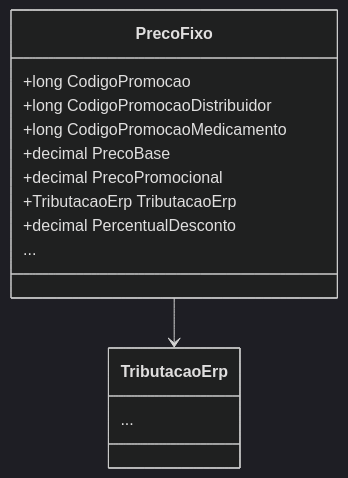
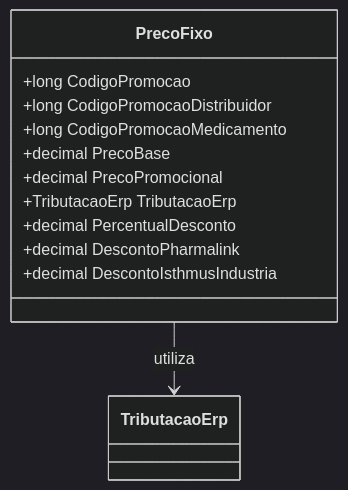
Before and after one commit to IsthmusSistemas/documentacao-tecnica: the second of 2 diagrams in docs/b2b-dominio/IsthmusWinthor.Nucleo/IsthmusWinthor.Dominio/POCO/Precos/PrecoFixo.md, drawn with Mermaid (dark theme). The commit also changed other lines of this file and 882 other files, not shown here.

````diff
--- a/docs/b2b-dominio/IsthmusWinthor.Nucleo/IsthmusWinthor.Dominio/POCO/Precos/PrecoFixo.md
+++ b/docs/b2b-dominio/IsthmusWinthor.Nucleo/IsthmusWinthor.Dominio/POCO/Precos/PrecoFixo.md
@@ -53,19 +64,15 @@
 ```mermaid
 classDiagram
     class PrecoFixo {
         +long CodigoPromocao
         +long CodigoPromocaoDistribuidor
         +long CodigoPromocaoMedicamento
         +decimal PrecoBase
         +decimal PrecoPromocional
         +TributacaoErp TributacaoErp
         +decimal PercentualDesconto
-        ...
+        +decimal DescontoPharmalink
+        +decimal DescontoIsthmusIndustria
     }
-
-    class TributacaoErp {
-        ...
-    }
-
-    PrecoFixo --> TributacaoErp
+    PrecoFixo --> TributacaoErp : utiliza
 ```
````
